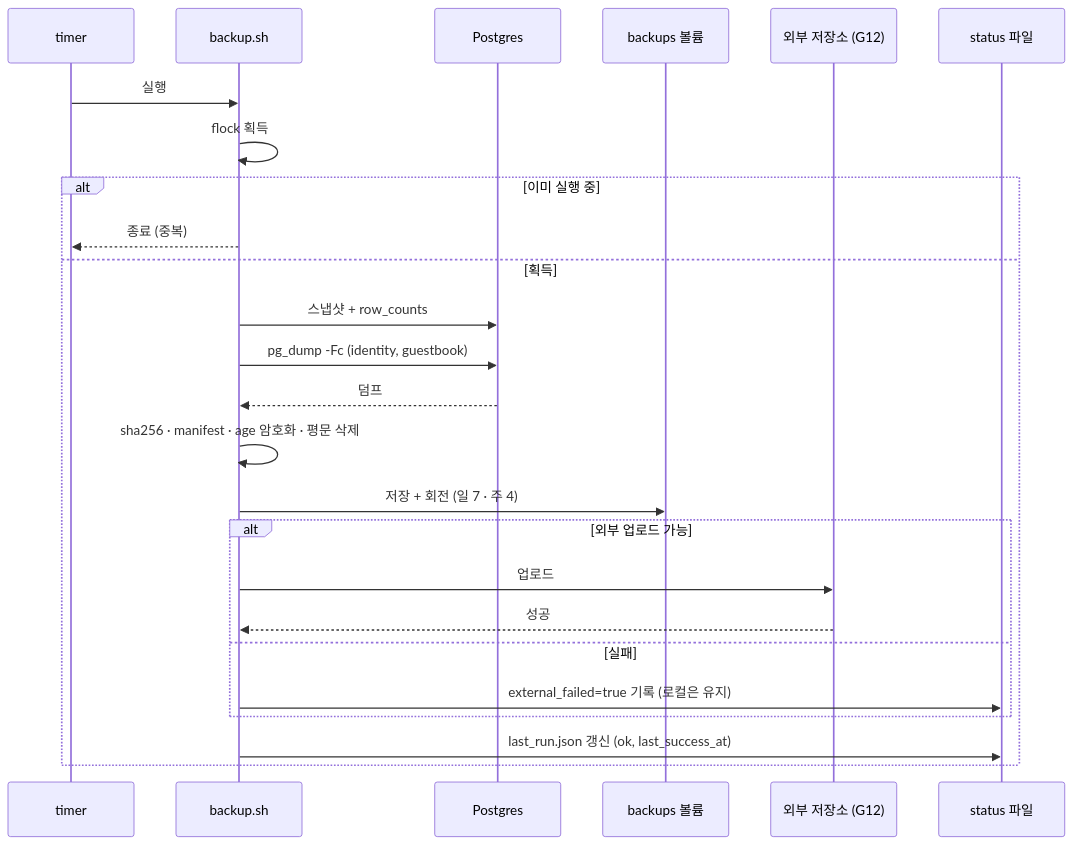
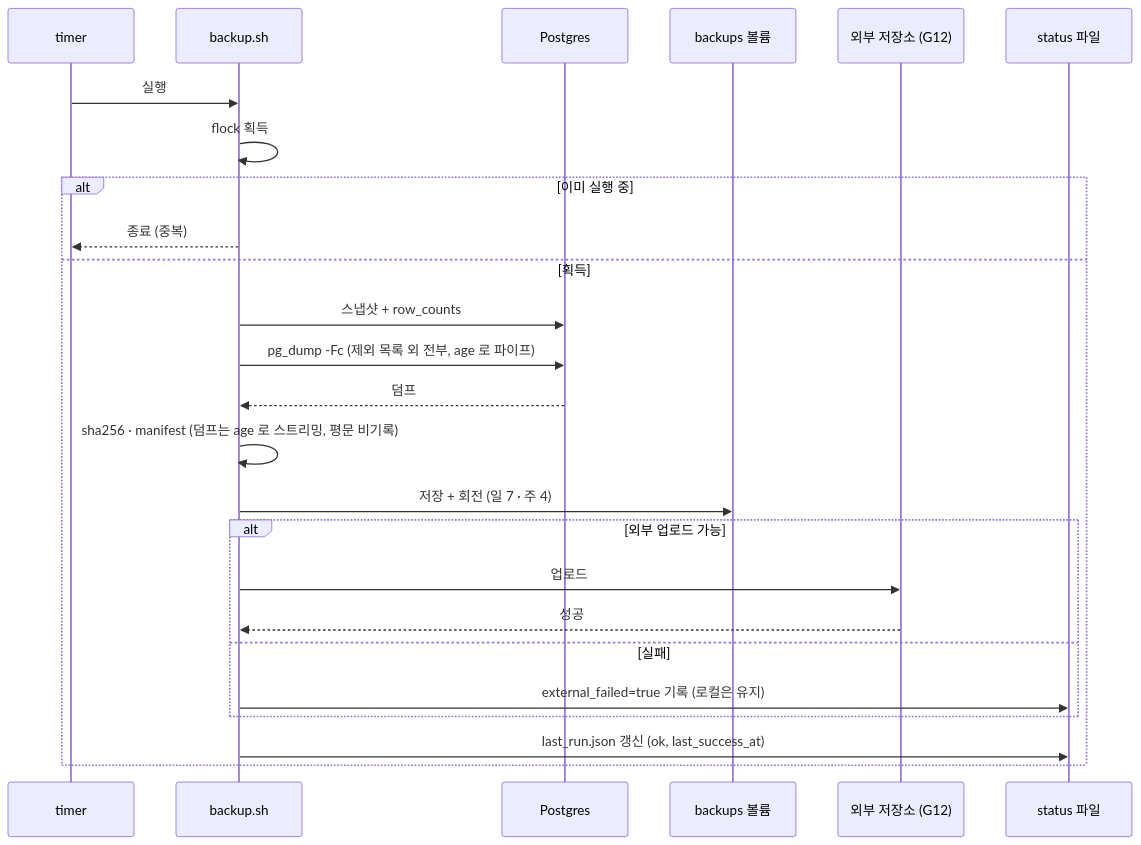
Before and after one commit to 1985jwlee/portpolio_backend: diagram 22 of 41 in docs/design/features/17-ops-observability.md, drawn with Mermaid. The commit also changed other lines of this file and 27 other files, not shown here.

````diff
--- a/docs/design/features/17-ops-observability.md
+++ b/docs/design/features/17-ops-observability.md
@@ -1379,27 +1411,27 @@
 ```mermaid
 sequenceDiagram
     participant T as timer
     participant B as backup.sh
     participant DB as Postgres
     participant V as backups 볼륨
     participant X as 외부 저장소 (G12)
     participant S as status 파일
     T->>B: 실행
     B->>B: flock 획득
     alt 이미 실행 중
         B-->>T: 종료 (중복)
     else 획득
         B->>DB: 스냅샷 + row_counts
-        B->>DB: pg_dump -Fc (identity, guestbook)
+        B->>DB: pg_dump -Fc (제외 목록 외 전부, age 로 파이프)
         DB-->>B: 덤프
-        B->>B: sha256 · manifest · age 암호화 · 평문 삭제
+        B->>B: sha256 · manifest (덤프는 age 로 스트리밍, 평문 비기록)
         B->>V: 저장 + 회전 (일 7 · 주 4)
         alt 외부 업로드 가능
             B->>X: 업로드
             X-->>B: 성공
         else 실패
             B->>S: external_failed=true 기록 (로컬은 유지)
         end
         B->>S: last_run.json 갱신 (ok, last_success_at)
     end
 ```
````
